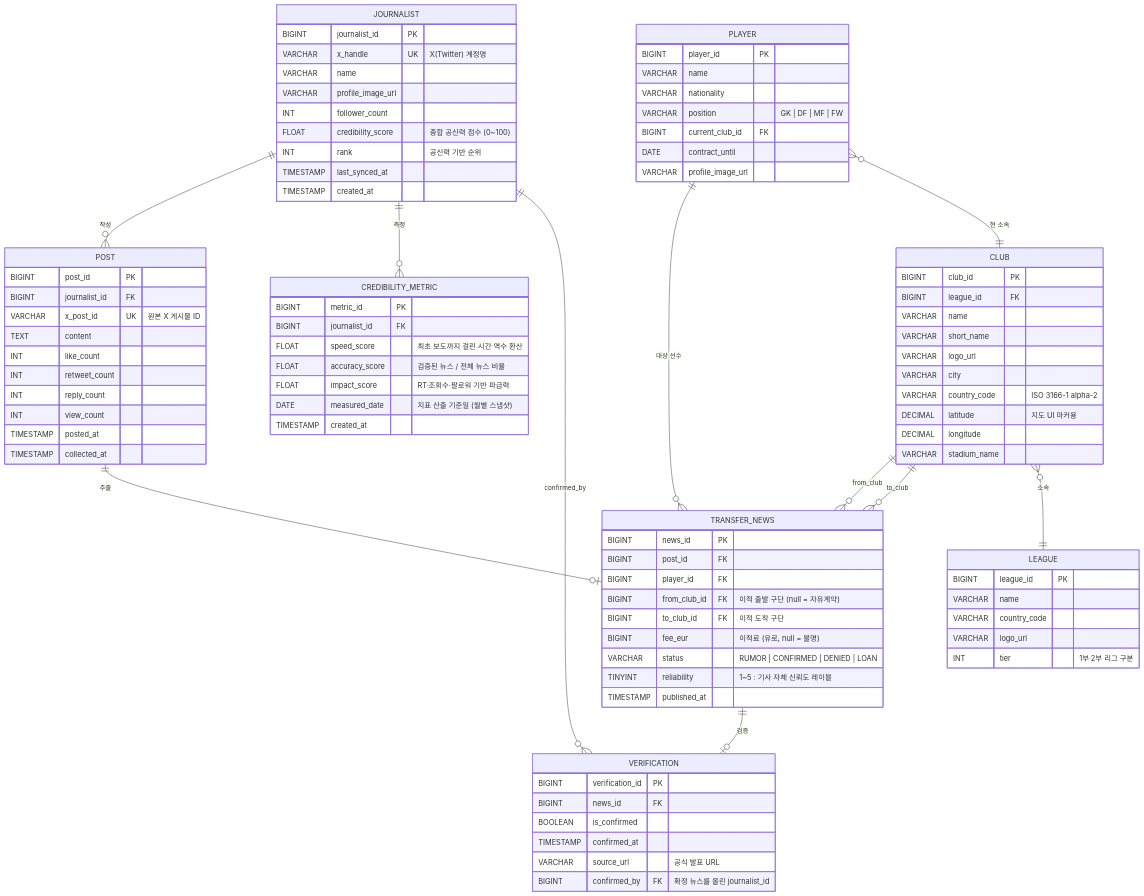
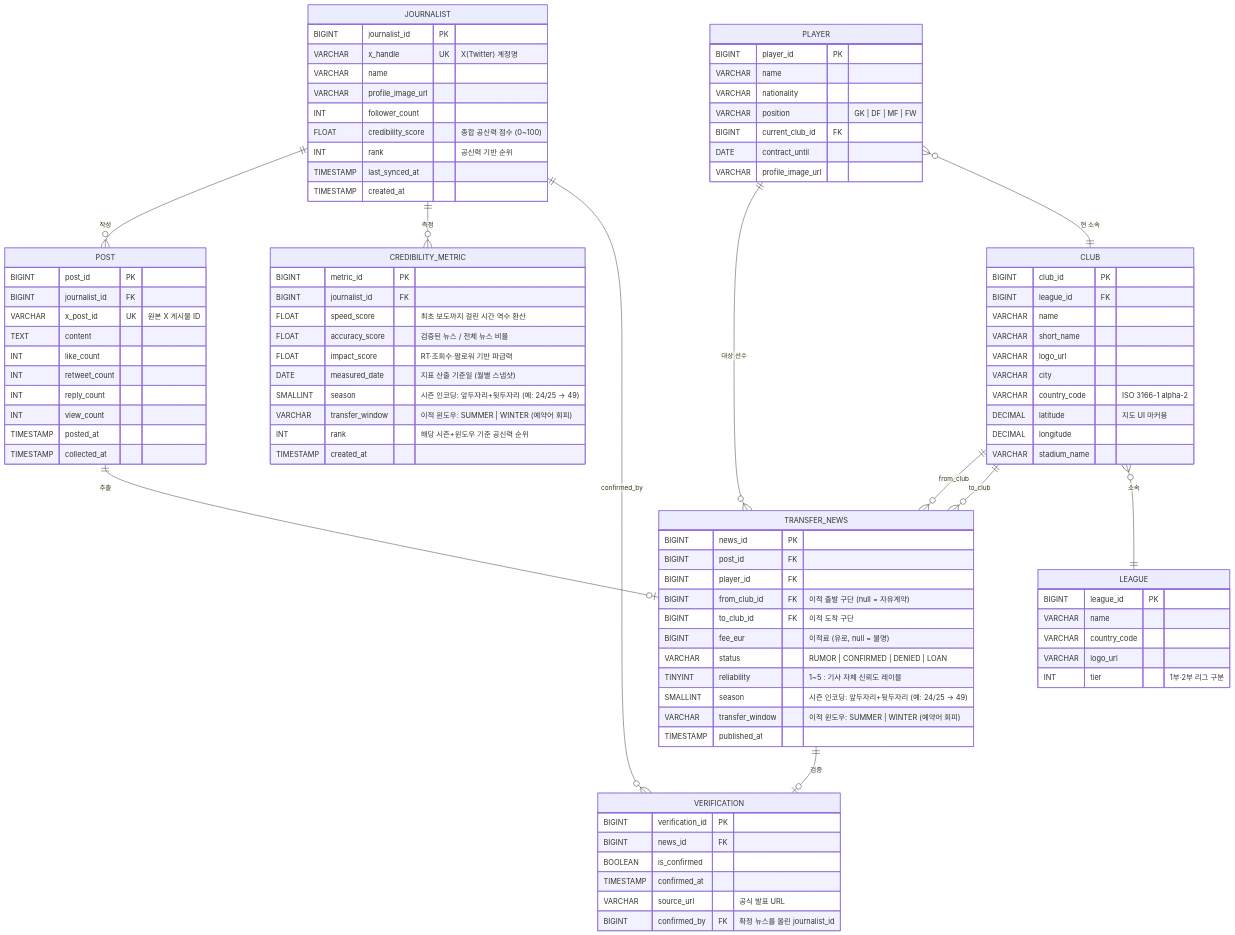
The diagram in 01_Projects/TransferMap/erd.md (hyen4320/Transfer_docs), drawn with Mermaid before and after one commit. The commit also changed other lines of this file and 19 other files, not shown here.

```diff
--- a/01_Projects/TransferMap/erd.md
+++ b/01_Projects/TransferMap/erd.md
@@ -49,6 +49,8 @@
         BIGINT      fee_eur             "이적료 (유로, null = 불명)"
         VARCHAR     status              "RUMOR | CONFIRMED | DENIED | LOAN"
         TINYINT     reliability         "1~5 : 기사 자체 신뢰도 레이블"
+        SMALLINT    season              "시즌 인코딩: 앞두자리+뒷두자리 (예: 24/25 → 49)"
+        VARCHAR     transfer_window     "이적 윈도우: SUMMER | WINTER (예약어 회피)"
         TIMESTAMP   published_at
     }
 
@@ -68,6 +70,9 @@
         FLOAT       accuracy_score      "검증된 뉴스 / 전체 뉴스 비율"
         FLOAT       impact_score        "RT·조회수·팔로워 기반 파급력"
         DATE        measured_date       "지표 산출 기준일 (월별 스냅샷)"
+        SMALLINT    season              "시즌 인코딩: 앞두자리+뒷두자리 (예: 24/25 → 49)"
+        VARCHAR     transfer_window     "이적 윈도우: SUMMER | WINTER (예약어 회피)"
+        INT         rank                "해당 시즌+윈도우 기준 공신력 순위"
         TIMESTAMP   created_at
     }
 
```
